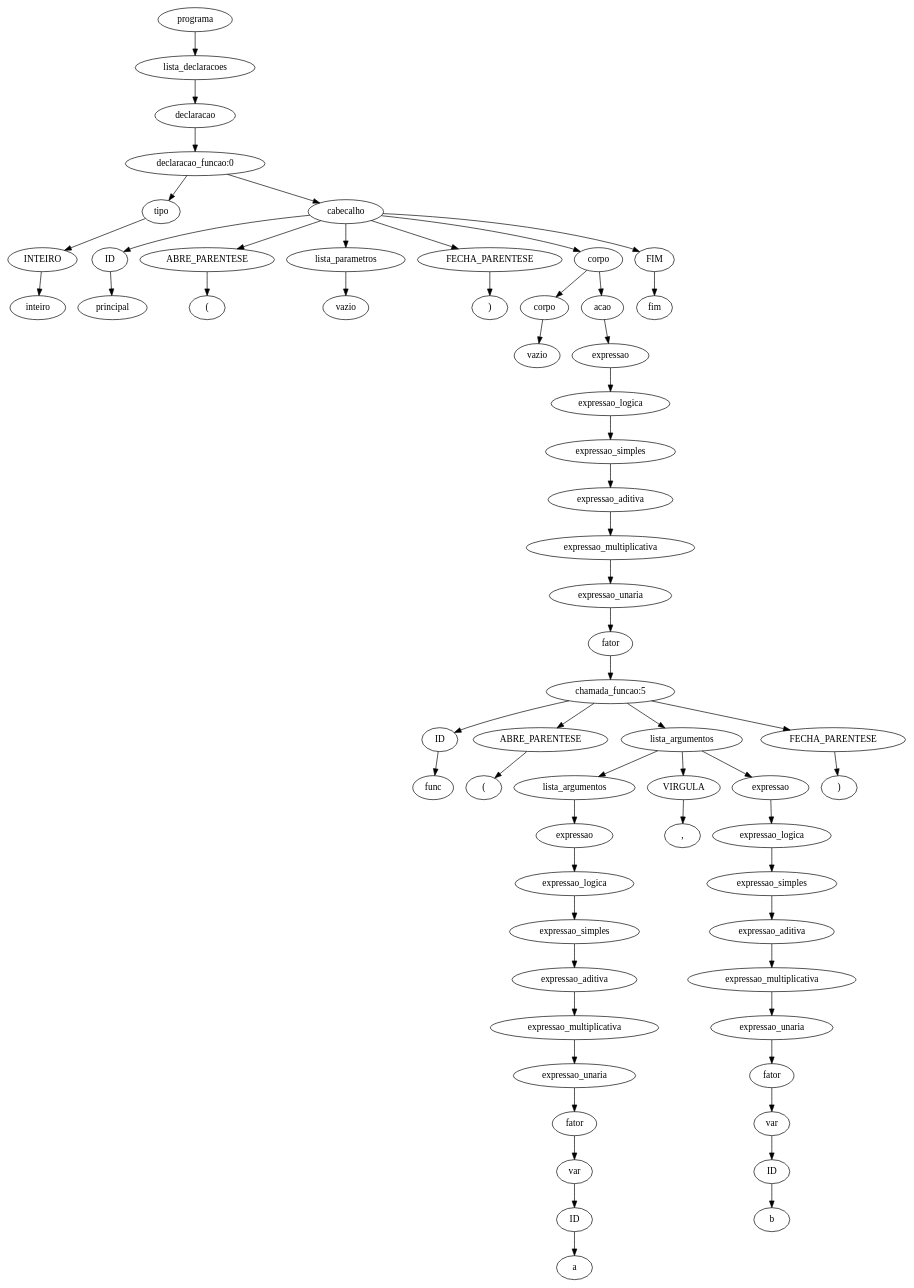
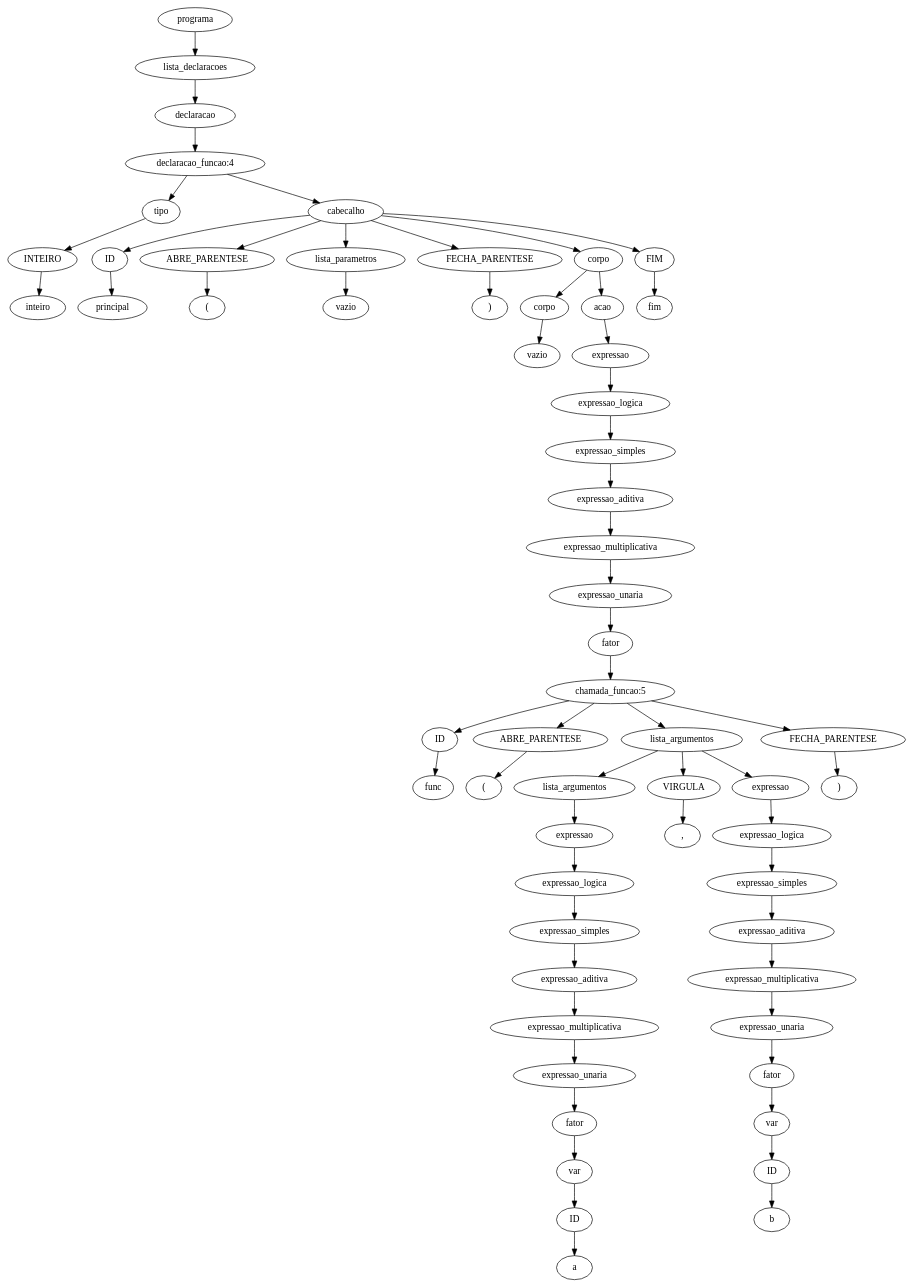
One commit to JuanFSR/Compiladores changed the diagram in 7.AnaliseSemantica/implementacao/semantica-testes/sema-003.tpp.unique.ast.dot. Above: the diagram before and after it, drawn with Graphviz. The commit also changed 26 other files, not shown here.

```diff
--- a/7.AnaliseSemantica/implementacao/semantica-testes/sema-003.tpp.unique.ast.dot
+++ b/7.AnaliseSemantica/implementacao/semantica-testes/sema-003.tpp.unique.ast.dot
@@ -1,121 +1,121 @@
 digraph tree {
-    "0x7fc7e1b84910" [label="programa"];
-    "0x7fc7dfd64fa0" [label="lista_declaracoes"];
-    "0x7fc7dfd3a9d0" [label="declaracao"];
-    "0x7fc7e1b84940" [label="declaracao_funcao:0"];
-    "0x7fc7dfd643d0" [label="tipo"];
-    "0x7fc7dfd64430" [label="INTEIRO"];
-    "0x7fc7dfd64490" [label="inteiro"];
-    "0x7fc7dfd646d0" [label="cabecalho"];
-    "0x7fc7dfd64ca0" [label="ID"];
-    "0x7fc7dfd64b20" [label="principal"];
-    "0x7fc7dfd64fd0" [label="ABRE_PARENTESE"];
-    "0x7fc7dfcf3040" [label="("];
-    "0x7fc7dfd645e0" [label="lista_parametros"];
-    "0x7fc7e1b84c10" [label="vazio"];
-    "0x7fc7dfcf3070" [label="FECHA_PARENTESE"];
-    "0x7fc7dfcf30a0" [label=")"];
-    "0x7fc7dfd64790" [label="corpo"];
-    "0x7fc7dfd64700" [label="corpo"];
-    "0x7fc7dfd64460" [label="vazio"];
-    "0x7fc7dfd64760" [label="acao"];
-    "0x7fc7dfd64640" [label="expressao"];
-    "0x7fc7dfd64ee0" [label="expressao_logica"];
-    "0x7fc7dfd64df0" [label="expressao_simples"];
-    "0x7fc7dfd646a0" [label="expressao_aditiva"];
-    "0x7fc7dfd64eb0" [label="expressao_multiplicativa"];
-    "0x7fc7dfd64d90" [label="expressao_unaria"];
-    "0x7fc7dfd64e50" [label="fator"];
-    "0x7fc7dfd649d0" [label="chamada_funcao:5"];
-    "0x7fc7dfd64a60" [label="ID"];
-    "0x7fc7dfd64820" [label="func"];
-    "0x7fc7dfd64850" [label="ABRE_PARENTESE"];
-    "0x7fc7dfd64c70" [label="("];
-    "0x7fc7dfd64c40" [label="lista_argumentos"];
-    "0x7fc7dfd64970" [label="lista_argumentos"];
-    "0x7fc7dfd64940" [label="expressao"];
-    "0x7fc7dfd64910" [label="expressao_logica"];
-    "0x7fc7dfd64880" [label="expressao_simples"];
-    "0x7fc7dfd647f0" [label="expressao_aditiva"];
-    "0x7fc7dfd648e0" [label="expressao_multiplicativa"];
-    "0x7fc7dfd64730" [label="expressao_unaria"];
-    "0x7fc7dfd647c0" [label="fator"];
-    "0x7fc7dfd64610" [label="var"];
-    "0x7fc7dfd64670" [label="ID"];
-    "0x7fc7dfd648b0" [label="a"];
-    "0x7fc7dfd64cd0" [label="VIRGULA"];
-    "0x7fc7dfd64d60" [label=","];
-    "0x7fc7dfd64c10" [label="expressao"];
-    "0x7fc7dfd64be0" [label="expressao_logica"];
-    "0x7fc7dfd64b50" [label="expressao_simples"];
-    "0x7fc7dfd64ac0" [label="expressao_aditiva"];
-    "0x7fc7dfd64bb0" [label="expressao_multiplicativa"];
-    "0x7fc7dfd64a00" [label="expressao_unaria"];
-    "0x7fc7dfd64a90" [label="fator"];
-    "0x7fc7dfd649a0" [label="var"];
-    "0x7fc7dfd64a30" [label="ID"];
-    "0x7fc7dfd64b80" [label="b"];
-    "0x7fc7dfd64d00" [label="FECHA_PARENTESE"];
-    "0x7fc7dfd64e80" [label=")"];
-    "0x7fc7dfcf30d0" [label="FIM"];
-    "0x7fc7dfcf3100" [label="fim"];
-    "0x7fc7e1b84910" -> "0x7fc7dfd64fa0";
-    "0x7fc7dfd64fa0" -> "0x7fc7dfd3a9d0";
-    "0x7fc7dfd3a9d0" -> "0x7fc7e1b84940";
-    "0x7fc7e1b84940" -> "0x7fc7dfd643d0";
-    "0x7fc7e1b84940" -> "0x7fc7dfd646d0";
-    "0x7fc7dfd643d0" -> "0x7fc7dfd64430";
-    "0x7fc7dfd64430" -> "0x7fc7dfd64490";
-    "0x7fc7dfd646d0" -> "0x7fc7dfd64ca0";
-    "0x7fc7dfd646d0" -> "0x7fc7dfd64fd0";
-    "0x7fc7dfd646d0" -> "0x7fc7dfd645e0";
-    "0x7fc7dfd646d0" -> "0x7fc7dfcf3070";
-    "0x7fc7dfd646d0" -> "0x7fc7dfd64790";
-    "0x7fc7dfd646d0" -> "0x7fc7dfcf30d0";
-    "0x7fc7dfd64ca0" -> "0x7fc7dfd64b20";
-    "0x7fc7dfd64fd0" -> "0x7fc7dfcf3040";
-    "0x7fc7dfd645e0" -> "0x7fc7e1b84c10";
-    "0x7fc7dfcf3070" -> "0x7fc7dfcf30a0";
-    "0x7fc7dfd64790" -> "0x7fc7dfd64700";
-    "0x7fc7dfd64790" -> "0x7fc7dfd64760";
-    "0x7fc7dfd64700" -> "0x7fc7dfd64460";
-    "0x7fc7dfd64760" -> "0x7fc7dfd64640";
-    "0x7fc7dfd64640" -> "0x7fc7dfd64ee0";
-    "0x7fc7dfd64ee0" -> "0x7fc7dfd64df0";
-    "0x7fc7dfd64df0" -> "0x7fc7dfd646a0";
-    "0x7fc7dfd646a0" -> "0x7fc7dfd64eb0";
-    "0x7fc7dfd64eb0" -> "0x7fc7dfd64d90";
-    "0x7fc7dfd64d90" -> "0x7fc7dfd64e50";
-    "0x7fc7dfd64e50" -> "0x7fc7dfd649d0";
-    "0x7fc7dfd649d0" -> "0x7fc7dfd64a60";
-    "0x7fc7dfd649d0" -> "0x7fc7dfd64850";
-    "0x7fc7dfd649d0" -> "0x7fc7dfd64c40";
-    "0x7fc7dfd649d0" -> "0x7fc7dfd64d00";
-    "0x7fc7dfd64a60" -> "0x7fc7dfd64820";
-    "0x7fc7dfd64850" -> "0x7fc7dfd64c70";
-    "0x7fc7dfd64c40" -> "0x7fc7dfd64970";
-    "0x7fc7dfd64c40" -> "0x7fc7dfd64cd0";
-    "0x7fc7dfd64c40" -> "0x7fc7dfd64c10";
-    "0x7fc7dfd64970" -> "0x7fc7dfd64940";
-    "0x7fc7dfd64940" -> "0x7fc7dfd64910";
-    "0x7fc7dfd64910" -> "0x7fc7dfd64880";
-    "0x7fc7dfd64880" -> "0x7fc7dfd647f0";
-    "0x7fc7dfd647f0" -> "0x7fc7dfd648e0";
-    "0x7fc7dfd648e0" -> "0x7fc7dfd64730";
-    "0x7fc7dfd64730" -> "0x7fc7dfd647c0";
-    "0x7fc7dfd647c0" -> "0x7fc7dfd64610";
-    "0x7fc7dfd64610" -> "0x7fc7dfd64670";
-    "0x7fc7dfd64670" -> "0x7fc7dfd648b0";
-    "0x7fc7dfd64cd0" -> "0x7fc7dfd64d60";
-    "0x7fc7dfd64c10" -> "0x7fc7dfd64be0";
-    "0x7fc7dfd64be0" -> "0x7fc7dfd64b50";
-    "0x7fc7dfd64b50" -> "0x7fc7dfd64ac0";
-    "0x7fc7dfd64ac0" -> "0x7fc7dfd64bb0";
-    "0x7fc7dfd64bb0" -> "0x7fc7dfd64a00";
-    "0x7fc7dfd64a00" -> "0x7fc7dfd64a90";
-    "0x7fc7dfd64a90" -> "0x7fc7dfd649a0";
-    "0x7fc7dfd649a0" -> "0x7fc7dfd64a30";
-    "0x7fc7dfd64a30" -> "0x7fc7dfd64b80";
-    "0x7fc7dfd64d00" -> "0x7fc7dfd64e80";
-    "0x7fc7dfcf30d0" -> "0x7fc7dfcf3100";
+    "0x7f08aba8f940" [label="programa"];
+    "0x7f08a9c6bf70" [label="lista_declaracoes"];
+    "0x7f08a9c43820" [label="declaracao"];
+    "0x7f08aba8f790" [label="declaracao_funcao:4"];
+    "0x7f08a9c6b220" [label="tipo"];
+    "0x7f08a9c6b280" [label="INTEIRO"];
+    "0x7f08a9c6b2e0" [label="inteiro"];
+    "0x7f08a9c6baf0" [label="cabecalho"];
+    "0x7f08a9c6b520" [label="ID"];
+    "0x7f08a9c6b970" [label="principal"];
+    "0x7f08a9c6be20" [label="ABRE_PARENTESE"];
+    "0x7f08a9c6be50" [label="("];
+    "0x7f08a9c6b430" [label="lista_parametros"];
+    "0x7f08aba8f7f0" [label="vazio"];
+    "0x7f08a9c6be80" [label="FECHA_PARENTESE"];
+    "0x7f08a9c6beb0" [label=")"];
+    "0x7f08a9c6b5e0" [label="corpo"];
+    "0x7f08a9c6b550" [label="corpo"];
+    "0x7f08a9c6b2b0" [label="vazio"];
+    "0x7f08a9c6b5b0" [label="acao"];
+    "0x7f08a9c6b490" [label="expressao"];
+    "0x7f08a9c6bd30" [label="expressao_logica"];
+    "0x7f08a9c6bc40" [label="expressao_simples"];
+    "0x7f08a9c6b4f0" [label="expressao_aditiva"];
+    "0x7f08a9c6bd00" [label="expressao_multiplicativa"];
+    "0x7f08a9c6bbe0" [label="expressao_unaria"];
+    "0x7f08a9c6bca0" [label="fator"];
+    "0x7f08a9c6b820" [label="chamada_funcao:5"];
+    "0x7f08a9c6b8b0" [label="ID"];
+    "0x7f08a9c6b670" [label="func"];
+    "0x7f08a9c6b6a0" [label="ABRE_PARENTESE"];
+    "0x7f08a9c6bac0" [label="("];
+    "0x7f08a9c6ba90" [label="lista_argumentos"];
+    "0x7f08a9c6b7c0" [label="lista_argumentos"];
+    "0x7f08a9c6b790" [label="expressao"];
+    "0x7f08a9c6b760" [label="expressao_logica"];
+    "0x7f08a9c6b6d0" [label="expressao_simples"];
+    "0x7f08a9c6b640" [label="expressao_aditiva"];
+    "0x7f08a9c6b730" [label="expressao_multiplicativa"];
+    "0x7f08a9c6b580" [label="expressao_unaria"];
+    "0x7f08a9c6b610" [label="fator"];
+    "0x7f08a9c6b460" [label="var"];
+    "0x7f08a9c6b4c0" [label="ID"];
+    "0x7f08a9c6b700" [label="a"];
+    "0x7f08a9c6bb20" [label="VIRGULA"];
+    "0x7f08a9c6bbb0" [label=","];
+    "0x7f08a9c6ba60" [label="expressao"];
+    "0x7f08a9c6ba30" [label="expressao_logica"];
+    "0x7f08a9c6b9a0" [label="expressao_simples"];
+    "0x7f08a9c6b910" [label="expressao_aditiva"];
+    "0x7f08a9c6ba00" [label="expressao_multiplicativa"];
+    "0x7f08a9c6b850" [label="expressao_unaria"];
+    "0x7f08a9c6b8e0" [label="fator"];
+    "0x7f08a9c6b7f0" [label="var"];
+    "0x7f08a9c6b880" [label="ID"];
+    "0x7f08a9c6b9d0" [label="b"];
+    "0x7f08a9c6bb50" [label="FECHA_PARENTESE"];
+    "0x7f08a9c6bcd0" [label=")"];
+    "0x7f08a9c6bee0" [label="FIM"];
+    "0x7f08a9c6bf10" [label="fim"];
+    "0x7f08aba8f940" -> "0x7f08a9c6bf70";
+    "0x7f08a9c6bf70" -> "0x7f08a9c43820";
+    "0x7f08a9c43820" -> "0x7f08aba8f790";
+    "0x7f08aba8f790" -> "0x7f08a9c6b220";
+    "0x7f08aba8f790" -> "0x7f08a9c6baf0";
+    "0x7f08a9c6b220" -> "0x7f08a9c6b280";
+    "0x7f08a9c6b280" -> "0x7f08a9c6b2e0";
+    "0x7f08a9c6baf0" -> "0x7f08a9c6b520";
+    "0x7f08a9c6baf0" -> "0x7f08a9c6be20";
+    "0x7f08a9c6baf0" -> "0x7f08a9c6b430";
+    "0x7f08a9c6baf0" -> "0x7f08a9c6be80";
+    "0x7f08a9c6baf0" -> "0x7f08a9c6b5e0";
+    "0x7f08a9c6baf0" -> "0x7f08a9c6bee0";
+    "0x7f08a9c6b520" -> "0x7f08a9c6b970";
+    "0x7f08a9c6be20" -> "0x7f08a9c6be50";
+    "0x7f08a9c6b430" -> "0x7f08aba8f7f0";
+    "0x7f08a9c6be80" -> "0x7f08a9c6beb0";
+    "0x7f08a9c6b5e0" -> "0x7f08a9c6b550";
+    "0x7f08a9c6b5e0" -> "0x7f08a9c6b5b0";
+    "0x7f08a9c6b550" -> "0x7f08a9c6b2b0";
+    "0x7f08a9c6b5b0" -> "0x7f08a9c6b490";
+    "0x7f08a9c6b490" -> "0x7f08a9c6bd30";
+    "0x7f08a9c6bd30" -> "0x7f08a9c6bc40";
+    "0x7f08a9c6bc40" -> "0x7f08a9c6b4f0";
+    "0x7f08a9c6b4f0" -> "0x7f08a9c6bd00";
+    "0x7f08a9c6bd00" -> "0x7f08a9c6bbe0";
+    "0x7f08a9c6bbe0" -> "0x7f08a9c6bca0";
+    "0x7f08a9c6bca0" -> "0x7f08a9c6b820";
+    "0x7f08a9c6b820" -> "0x7f08a9c6b8b0";
+    "0x7f08a9c6b820" -> "0x7f08a9c6b6a0";
+    "0x7f08a9c6b820" -> "0x7f08a9c6ba90";
+    "0x7f08a9c6b820" -> "0x7f08a9c6bb50";
+    "0x7f08a9c6b8b0" -> "0x7f08a9c6b670";
+    "0x7f08a9c6b6a0" -> "0x7f08a9c6bac0";
+    "0x7f08a9c6ba90" -> "0x7f08a9c6b7c0";
+    "0x7f08a9c6ba90" -> "0x7f08a9c6bb20";
+    "0x7f08a9c6ba90" -> "0x7f08a9c6ba60";
+    "0x7f08a9c6b7c0" -> "0x7f08a9c6b790";
+    "0x7f08a9c6b790" -> "0x7f08a9c6b760";
+    "0x7f08a9c6b760" -> "0x7f08a9c6b6d0";
+    "0x7f08a9c6b6d0" -> "0x7f08a9c6b640";
+    "0x7f08a9c6b640" -> "0x7f08a9c6b730";
+    "0x7f08a9c6b730" -> "0x7f08a9c6b580";
+    "0x7f08a9c6b580" -> "0x7f08a9c6b610";
+    "0x7f08a9c6b610" -> "0x7f08a9c6b460";
+    "0x7f08a9c6b460" -> "0x7f08a9c6b4c0";
+    "0x7f08a9c6b4c0" -> "0x7f08a9c6b700";
+    "0x7f08a9c6bb20" -> "0x7f08a9c6bbb0";
+    "0x7f08a9c6ba60" -> "0x7f08a9c6ba30";
+    "0x7f08a9c6ba30" -> "0x7f08a9c6b9a0";
+    "0x7f08a9c6b9a0" -> "0x7f08a9c6b910";
+    "0x7f08a9c6b910" -> "0x7f08a9c6ba00";
+    "0x7f08a9c6ba00" -> "0x7f08a9c6b850";
+    "0x7f08a9c6b850" -> "0x7f08a9c6b8e0";
+    "0x7f08a9c6b8e0" -> "0x7f08a9c6b7f0";
+    "0x7f08a9c6b7f0" -> "0x7f08a9c6b880";
+    "0x7f08a9c6b880" -> "0x7f08a9c6b9d0";
+    "0x7f08a9c6bb50" -> "0x7f08a9c6bcd0";
+    "0x7f08a9c6bee0" -> "0x7f08a9c6bf10";
 }
```
